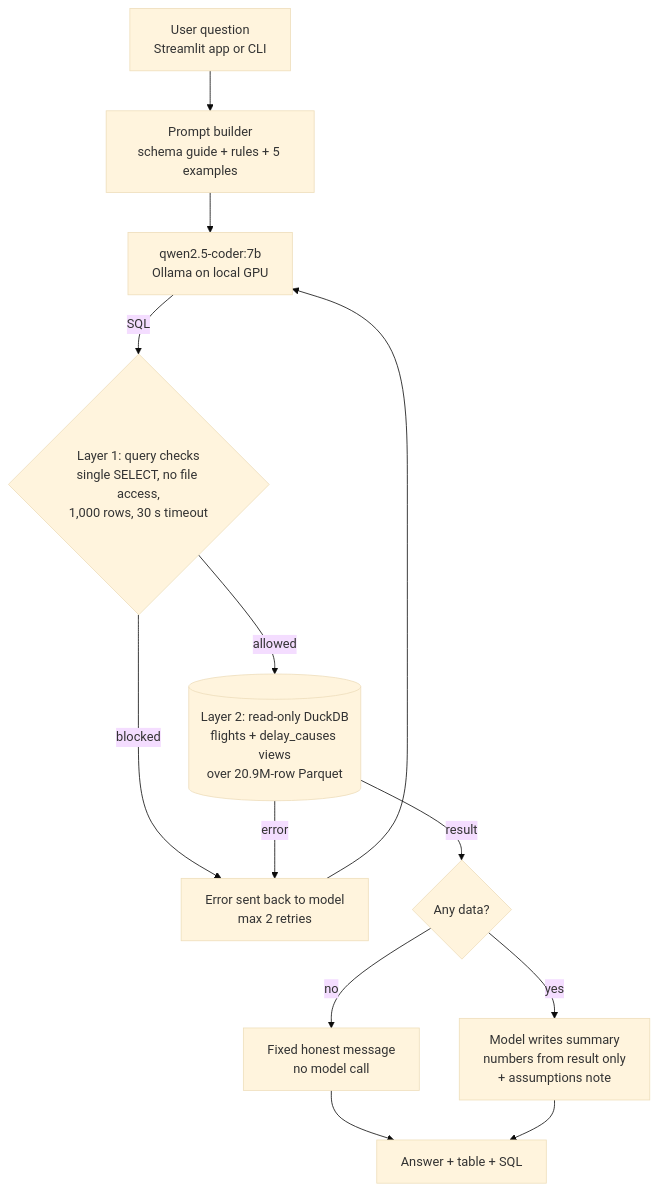
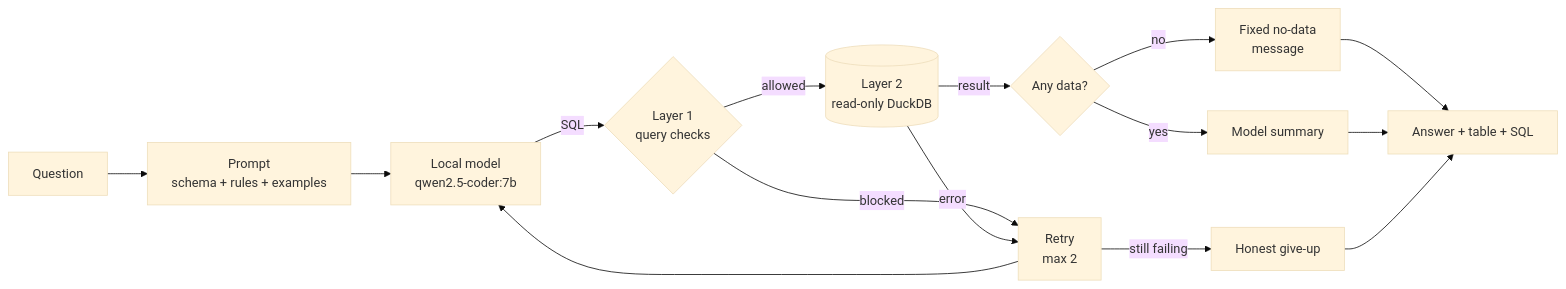
One commit to hashir-muhmd/skyquery changed the diagram in README.md. Above: the diagram before and after it, drawn with Mermaid (base theme). The commit also changed other lines of this file, not shown here.

Commit message:
Compact architecture diagram with give-up path

````diff
--- a/README.md
+++ b/README.md
@@ -29,15 +29,17 @@
 ```mermaid
-flowchart TD
-    U["User question<br/>Streamlit app or CLI"] --> P["Prompt builder<br/>schema guide + rules + 5 examples"]
-    P --> M["qwen2.5-coder:7b<br/>Ollama on local GPU"]
-    M -->|SQL| G{"Layer 1: query checks<br/>single SELECT, no file access,<br/>1,000 rows, 30 s timeout"}
-    G -->|blocked| R["Error sent back to model<br/>max 2 retries"]
-    G -->|allowed| D[("Layer 2: read-only DuckDB<br/>flights + delay_causes views<br/>over 20.9M-row Parquet")]
+flowchart LR
+    U["Question"] --> P["Prompt<br/>schema + rules + examples"]
+    P --> M["Local model<br/>qwen2.5-coder:7b"]
+    M -->|SQL| G{"Layer 1<br/>query checks"}
+    G -->|allowed| D[("Layer 2<br/>read-only DuckDB")]
+    G -->|blocked| R["Retry<br/>max 2"]
     D -->|error| R
     R --> M
+    R -->|still failing| F["Honest give-up"]
     D -->|result| E{"Any data?"}
-    E -->|no| N["Fixed honest message<br/>no model call"]
-    E -->|yes| S["Model writes summary<br/>numbers from result only<br/>+ assumptions note"]
+    E -->|no| N["Fixed no-data<br/>message"]
+    E -->|yes| S["Model summary"]
     N --> O["Answer + table + SQL"]
     S --> O
+    F --> O
 ```
````
